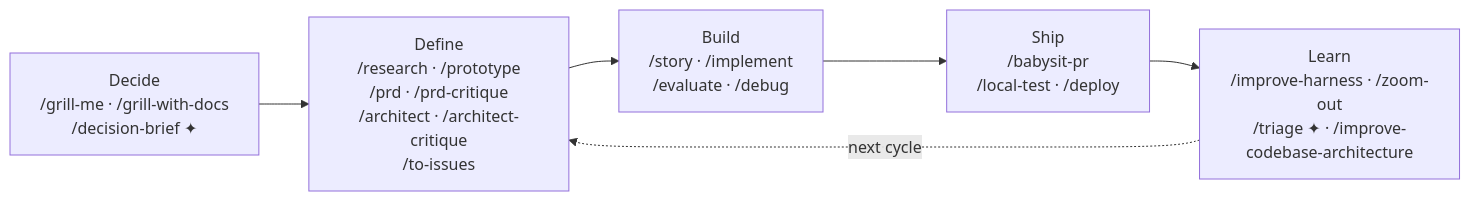
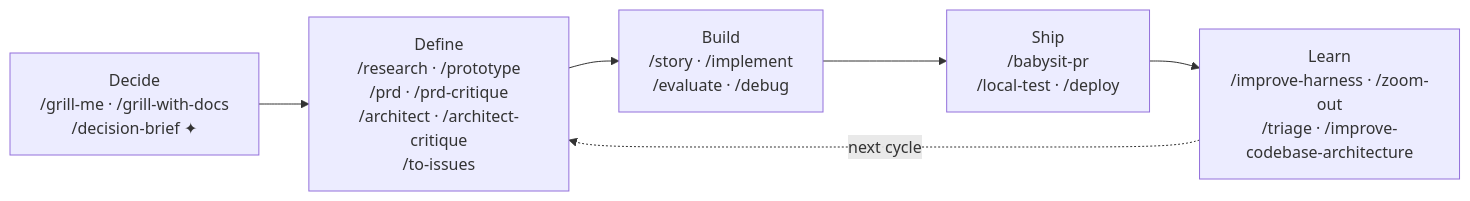
The diagram in README.md (anudeeps28/claude-code-harness), drawn with Mermaid before and after one commit. The commit also changed other lines of this file and 15 other files, not shown here.

````diff
--- a/README.md
+++ b/README.md
@@ -68,11 +68,11 @@
 ```mermaid
 flowchart LR
     P0["Decide<br/>/grill-me · /grill-with-docs<br/>/decision-brief ✦"]
     P1["Define<br/>/research · /prototype<br/>/prd · /prd-critique<br/>/architect · /architect-critique<br/>/to-issues"]
     P2["Build<br/>/story · /implement<br/>/evaluate · /debug"]
     P3["Ship<br/>/babysit-pr<br/>/local-test · /deploy"]
-    P4["Learn<br/>/improve-harness · /zoom-out<br/>/triage ✦ · /improve-codebase-architecture"]
+    P4["Learn<br/>/improve-harness · /zoom-out<br/>/triage · /improve-codebase-architecture"]
 
     P0 --> P1 --> P2 --> P3 --> P4
     P4 -.->|"next cycle"| P1
 ```
````
